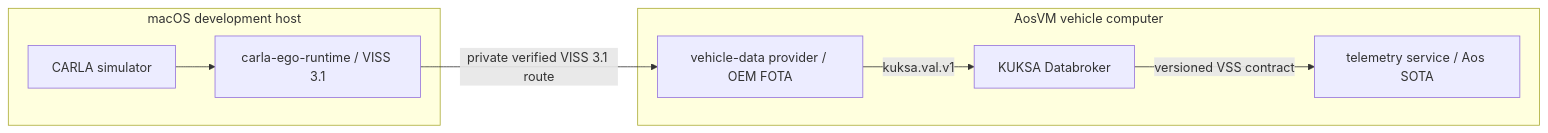
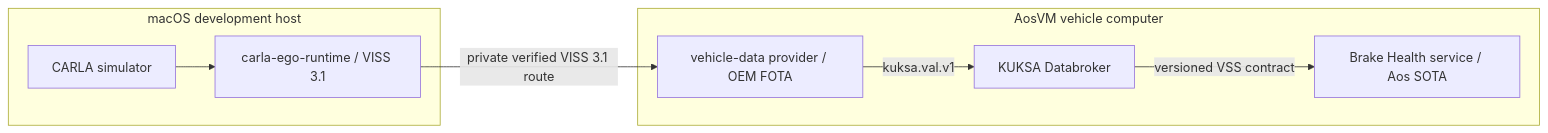
The diagram in docs/architecture/repository-boundaries.md (alexmaninblack/aosedge-sdv-demo), drawn with Mermaid before and after one commit. The commit also changed other lines of this file and 10 other files, not shown here.

Commit message:
refactor: adopt brake health service repository

````diff
--- a/docs/architecture/repository-boundaries.md
+++ b/docs/architecture/repository-boundaries.md
@@ -13,18 +13,18 @@
 ```mermaid
 flowchart LR
     subgraph macOS["macOS development host"]
         CARLA["CARLA simulator"]
         VISS["carla-ego-runtime / VISS 3.1"]
         CARLA --> VISS
     end
 
     subgraph AosVM["AosVM vehicle computer"]
         PROVIDER["vehicle-data provider / OEM FOTA"]
         KUKSA["KUKSA Databroker"]
-        SERVICE["telemetry service / Aos SOTA"]
+        SERVICE["Brake Health service / Aos SOTA"]
         PROVIDER -->|"kuksa.val.v1"| KUKSA
         KUKSA -->|"versioned VSS contract"| SERVICE
     end
 
     VISS -->|"private verified VISS 3.1 route"| PROVIDER
 ```
````
